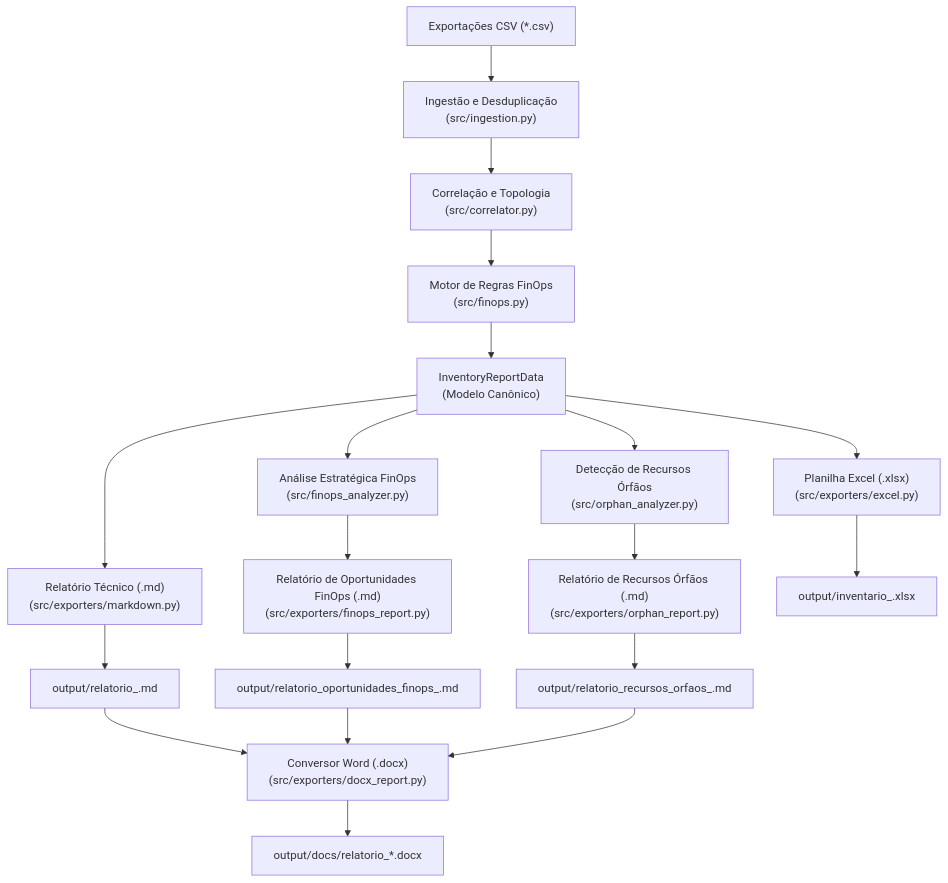
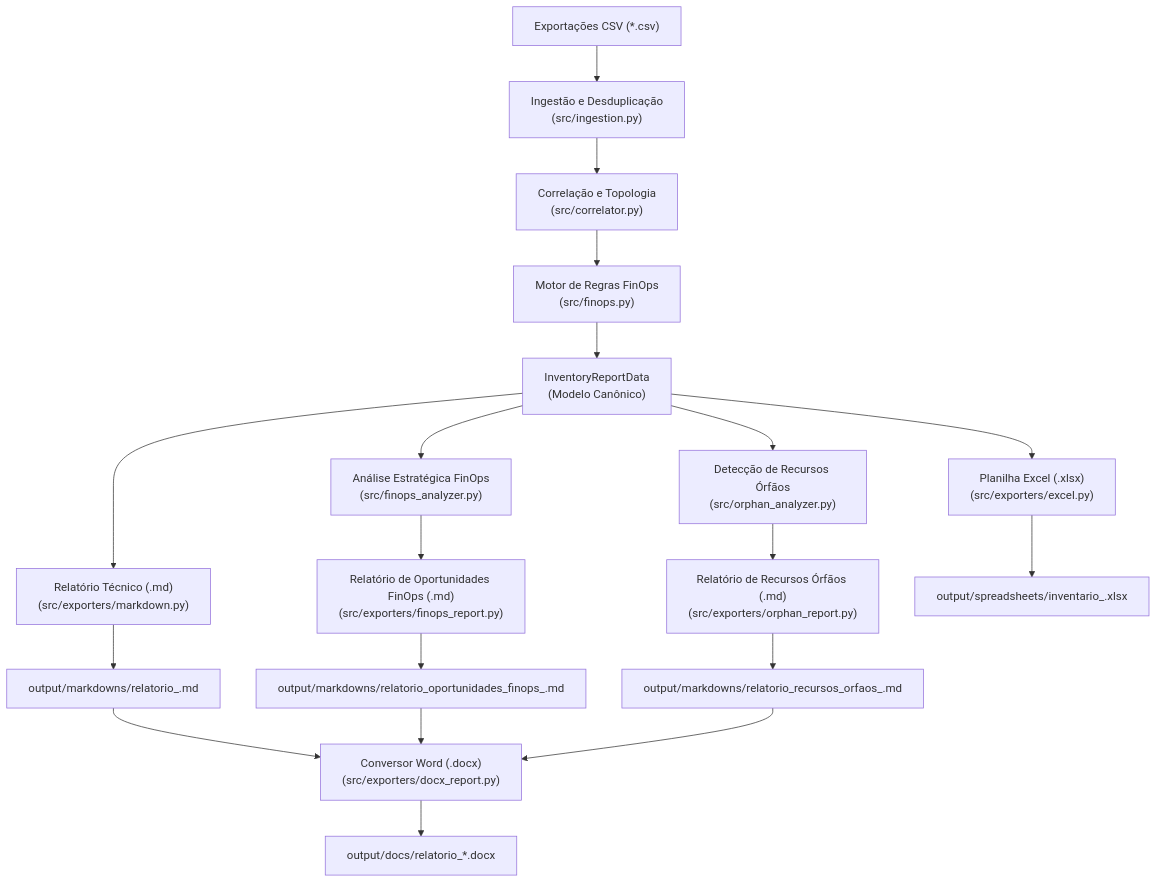
One commit to Andropovbr/aws-resources-mapping changed the diagram in README.md. Above: the diagram before and after it, drawn with Mermaid. The commit also changed other lines of this file and 16 other files, not shown here.

````diff
--- a/README.md
+++ b/README.md
@@ -96,25 +97,25 @@
 ```mermaid
 flowchart TD
     A["Exportações CSV (*.csv)"] --> B["Ingestão e Desduplicação<br/>(src/ingestion.py)"]
     B --> C["Correlação e Topologia<br/>(src/correlator.py)"]
     C --> D["Motor de Regras FinOps<br/>(src/finops.py)"]
     D --> E["InventoryReportData<br/>(Modelo Canônico)"]
     
     E --> F["Planilha Excel (.xlsx)<br/>(src/exporters/excel.py)"]
     E --> G["Relatório Técnico (.md)<br/>(src/exporters/markdown.py)"]
     E --> H["Análise Estratégica FinOps<br/>(src/finops_analyzer.py)"]
     E --> M["Detecção de Recursos Órfãos<br/>(src/orphan_analyzer.py)"]
     
     H --> I["Relatório de Oportunidades FinOps (.md)<br/>(src/exporters/finops_report.py)"]
     M --> N["Relatório de Recursos Órfãos (.md)<br/>(src/exporters/orphan_report.py)"]
 
-    F --> J["output/inventario_<conta>.xlsx"]
-    G --> K["output/relatorio_<conta>.md"]
-    I --> L["output/relatorio_oportunidades_finops_<conta>.md"]
-    N --> O["output/relatorio_recursos_orfaos_<conta>.md"]
+    F --> J["output/spreadsheets/inventario_<conta>.xlsx"]
+    G --> K["output/markdowns/relatorio_<conta>.md"]
+    I --> L["output/markdowns/relatorio_oportunidades_finops_<conta>.md"]
+    N --> O["output/markdowns/relatorio_recursos_orfaos_<conta>.md"]
 
     K --> P["Conversor Word (.docx)<br/>(src/exporters/docx_report.py)"]
     L --> P
     O --> P
     P --> Q["output/docs/relatorio_*.docx"]
 ```
````
